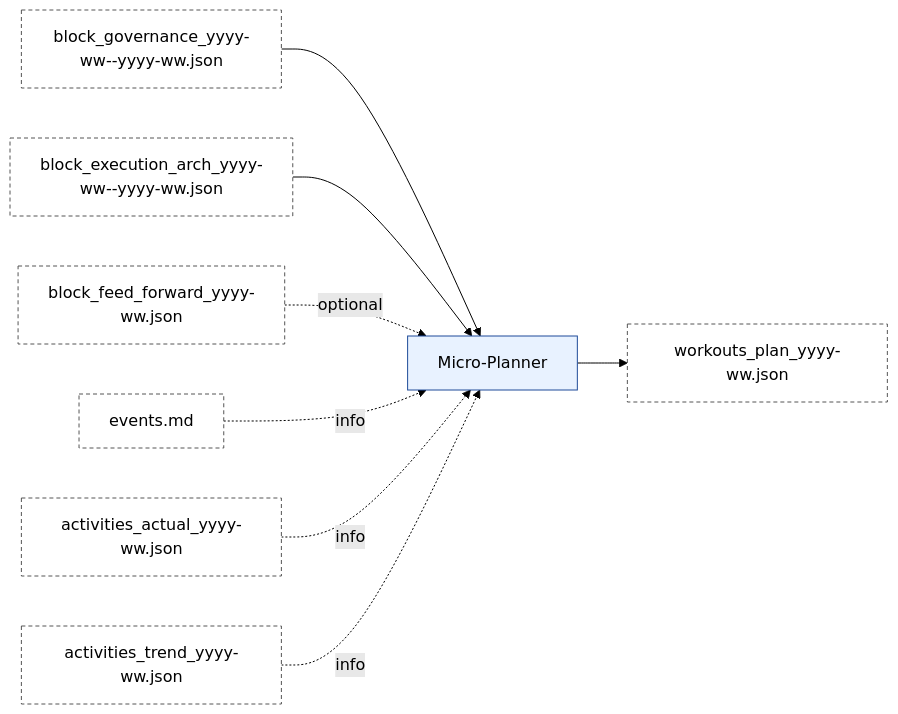
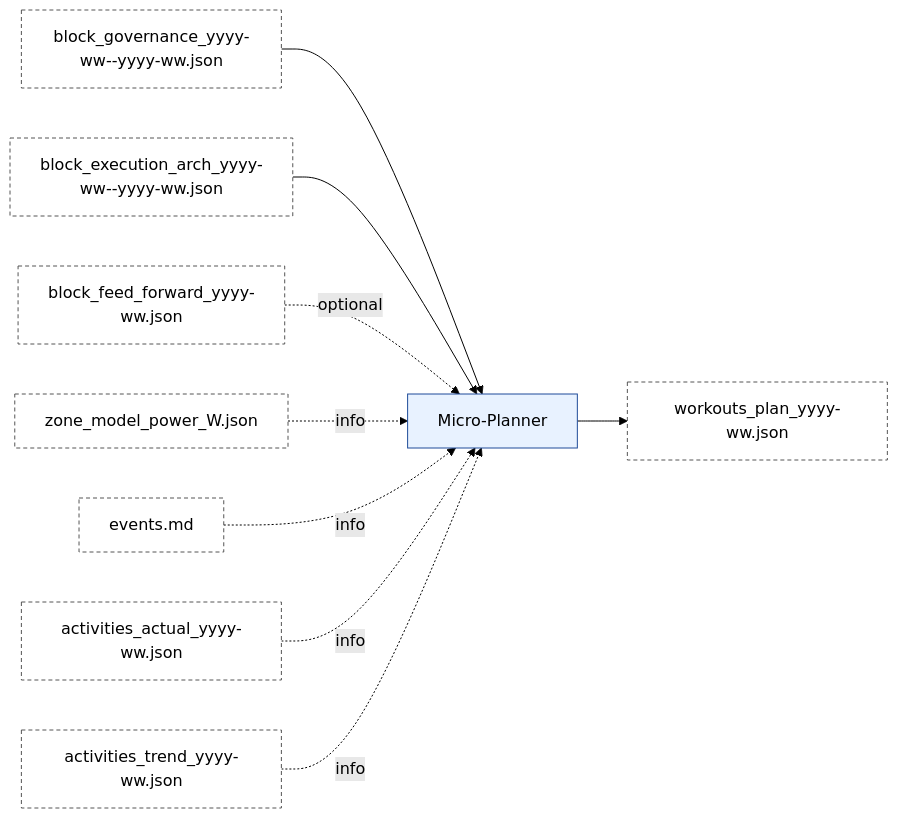
The fifth of 8 diagrams in doc/artefact_flow_overview_and_detail.md (albauer-priv/RPS), drawn with Mermaid (forest theme) before and after one commit. The commit also changed other lines of this file and 26 other files, not shown here.

Commit message:
Add data-pipeline zone model sourcing

````diff
--- a/doc/artefact_flow_overview_and_detail.md
+++ b/doc/artefact_flow_overview_and_detail.md
@@ -232,14 +235,15 @@
 ```mermaid
 flowchart LR
   BG[block_governance_yyyy-ww--yyyy-ww.json]:::artefact --> MI[Micro-Planner]:::agent
   BEA[block_execution_arch_yyyy-ww--yyyy-ww.json]:::artefact --> MI
   BFF[block_feed_forward_yyyy-ww.json]:::artefact -. optional .-> MI
+  ZM[zone_model_power_<FTP>W.json]:::artefact -. info .-> MI
   EV[events.md]:::artefact -. info .-> MI
   AA[activities_actual_yyyy-ww.json]:::artefact -. info .-> MI
   AT[activities_trend_yyyy-ww.json]:::artefact -. info .-> MI
 
   MI --> WP[workouts_plan_yyyy-ww.json]:::artefact
 
   classDef agent fill:#e8f2ff,stroke:#1f4b99,stroke-width:1px;
   classDef artefact fill:#ffffff,stroke:#555,stroke-dasharray: 4 3,stroke-width:1px;
 ```
````
